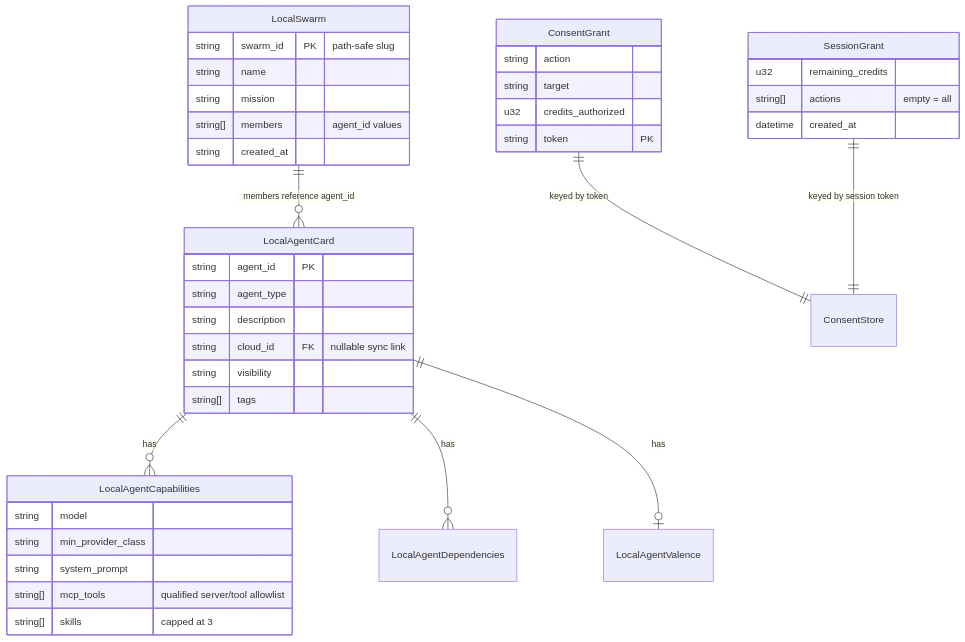
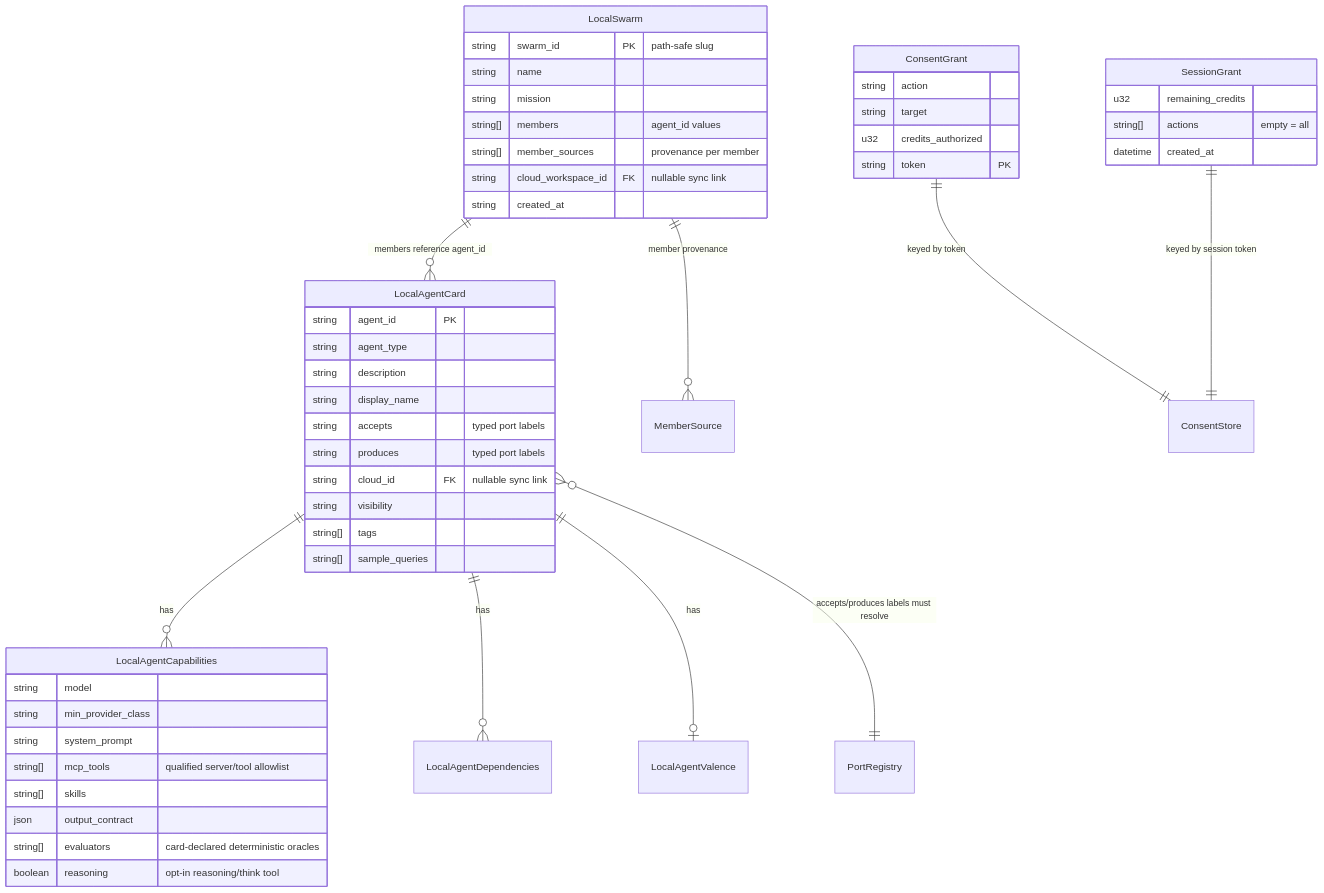
The second of 2 diagrams in kask/docs/diataxis/swarm_system/reference.md (mdz-axo/zed-kask), drawn with Mermaid before and after one commit. The commit also changed other lines of this file and 41 other files, not shown here.

````diff
--- a/kask/docs/diataxis/swarm_system/reference.md
+++ b/kask/docs/diataxis/swarm_system/reference.md
@@ -184,42 +336,53 @@
 ```mermaid
 erDiagram
     LocalAgentCard ||--o{ LocalAgentCapabilities : has
     LocalAgentCard ||--o{ LocalAgentDependencies : has
     LocalAgentCard ||--o| LocalAgentValence : has
+    LocalAgentCard }o--|| PortRegistry : "accepts/produces labels must resolve"
     LocalSwarm ||--o{ LocalAgentCard : "members reference agent_id"
+    LocalSwarm ||--o{ MemberSource : "member provenance"
     ConsentGrant ||--|| ConsentStore : "keyed by token"
     SessionGrant ||--|| ConsentStore : "keyed by session token"
     LocalAgentCard {
         string agent_id PK
         string agent_type
         string description
+        string display_name
+        string accepts "typed port labels"
+        string produces "typed port labels"
         string cloud_id FK "nullable sync link"
         string visibility
         string[] tags
+        string[] sample_queries
     }
     LocalAgentCapabilities {
         string model
         string min_provider_class
         string system_prompt
         string[] mcp_tools "qualified server/tool allowlist"
-        string[] skills "capped at 3"
+        string[] skills
+        json output_contract
+        string[] evaluators "card-declared deterministic oracles"
+        boolean reasoning "opt-in reasoning/think tool"
     }
     LocalSwarm {
         string swarm_id PK "path-safe slug"
         string name
         string mission
         string[] members "agent_id values"
+        string[] member_sources "provenance per member"
+        string cloud_workspace_id FK "nullable sync link"
         string created_at
     }
     ConsentGrant {
         string action
         string target
         u32 credits_authorized
         string token PK
     }
     SessionGrant {
         u32 remaining_credits
         string[] actions "empty = all"
         datetime created_at
     }
 ```
````
